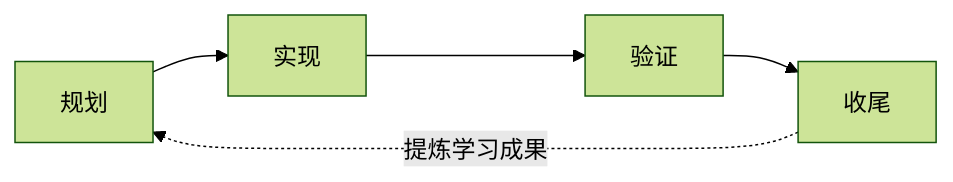
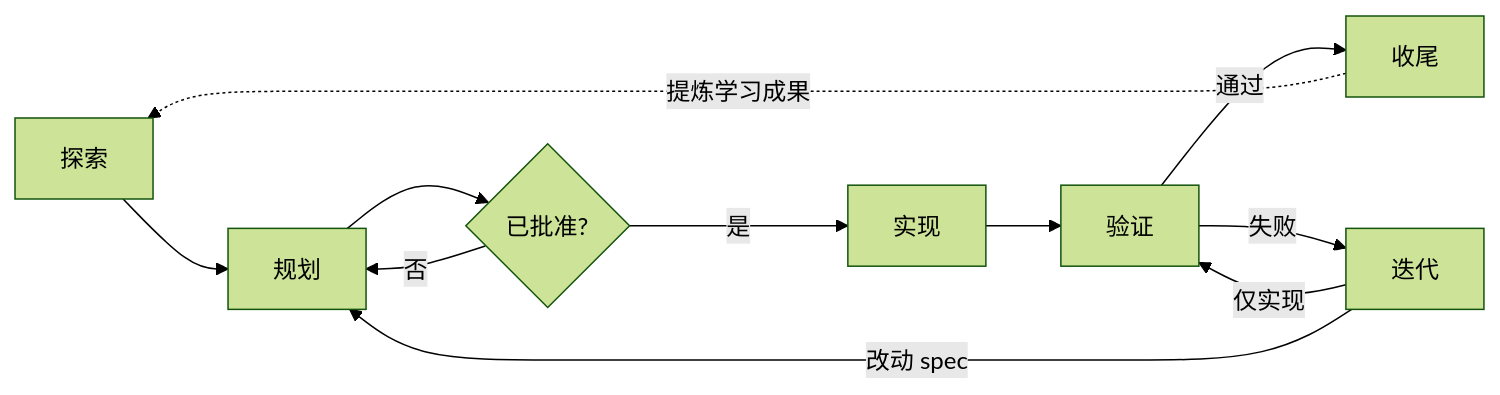
The second of 2 diagrams in README.zh-CN.md (Mininglamp-OSS/octo-spec), drawn with Mermaid (forest theme) before and after one commit. The commit also changed other lines of this file and 29 other files, not shown here.

````diff
--- a/README.zh-CN.md
+++ b/README.zh-CN.md
@@ -122,5 +122,11 @@
 ```mermaid
 flowchart LR
-    P["规划"] --> I["实现"] --> V["验证"] --> F["收尾"]
-    F -.提炼学习成果.-> P
+    D["探索"] --> P["规划"] --> A{"已批准?"}
+    A -->|是| I["实现"] --> V["验证"]
+    A -->|否| P
+    V -->|通过| F["收尾"]
+    V -->|失败| IT["迭代"]
+    IT -->|仅实现| V
+    IT -->|改动 spec| P
+    F -.提炼学习成果.-> D
 ```
````
